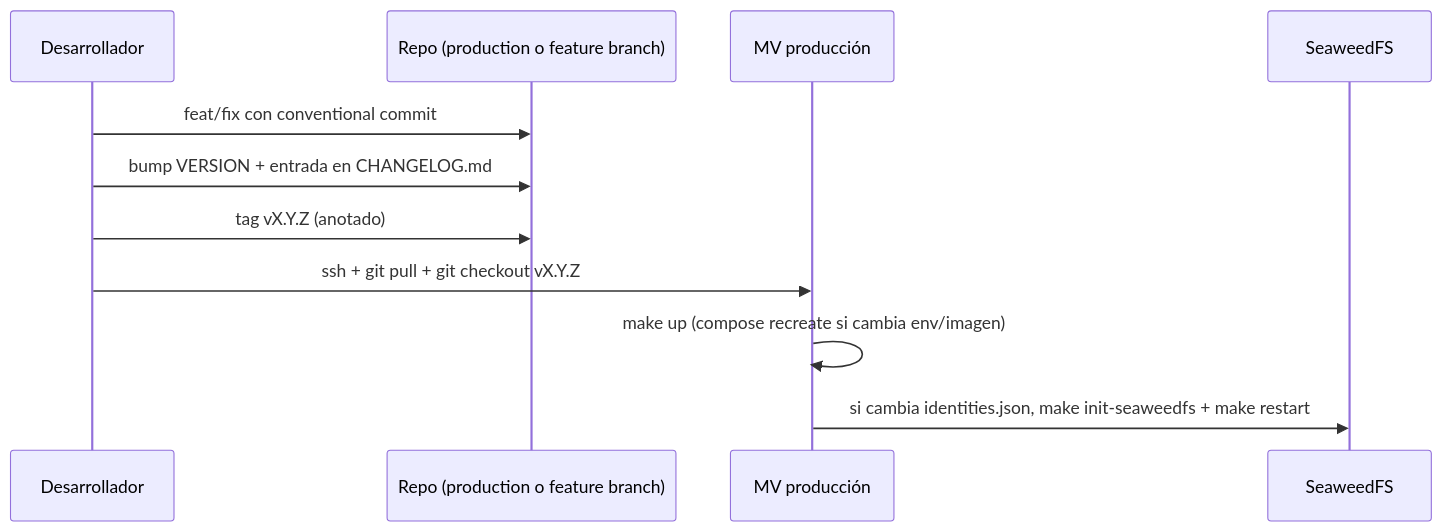
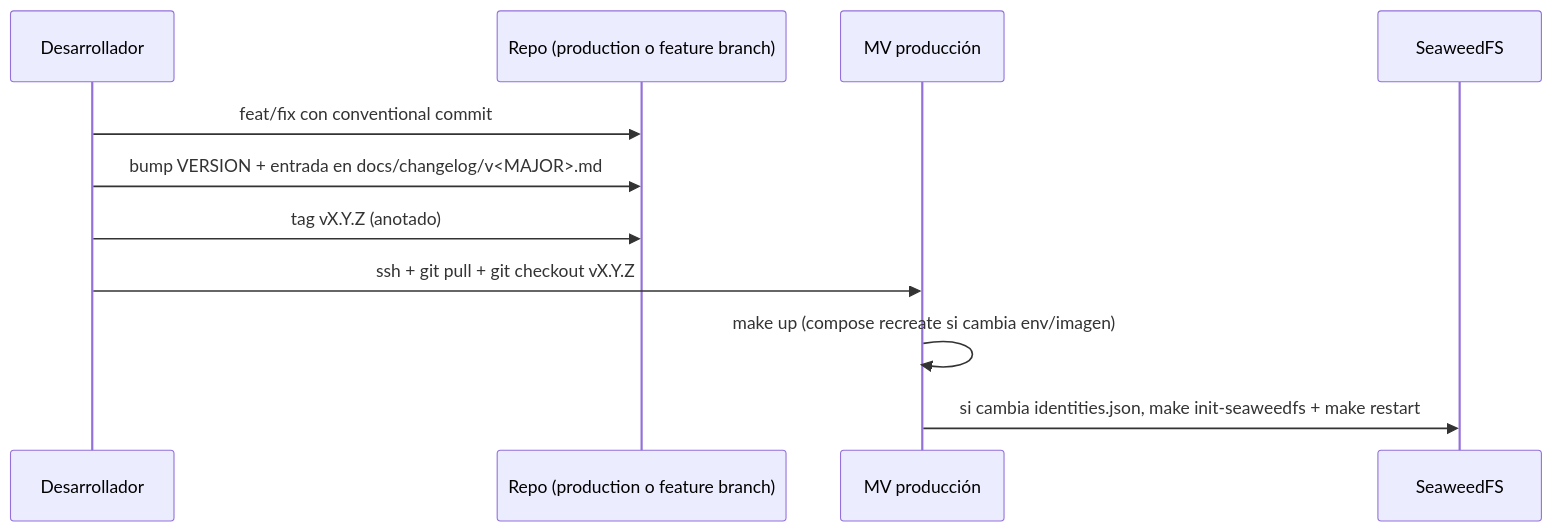
The second of 2 diagrams in docs/context.md (iieg-oficial/acervo), drawn with Mermaid before and after one commit. The commit also changed other lines of this file and 7 other files, not shown here.

````diff
--- a/docs/context.md
+++ b/docs/context.md
@@ -203,14 +221,14 @@
 ```mermaid
 sequenceDiagram
     participant Dev as Desarrollador
     participant Repo as Repo (production o feature branch)
     participant Prod as MV producción
     participant Seaweed as SeaweedFS
 
     Dev->>Repo: feat/fix con conventional commit
-    Dev->>Repo: bump VERSION + entrada en CHANGELOG.md
+    Dev->>Repo: bump VERSION + entrada en docs/changelog/v<MAJOR>.md
     Dev->>Repo: tag vX.Y.Z (anotado)
     Dev->>Prod: ssh + git pull + git checkout vX.Y.Z
     Prod->>Prod: make up (compose recreate si cambia env/imagen)
     Prod->>Seaweed: si cambia identities.json, make init-seaweedfs + make restart
 ```
````
